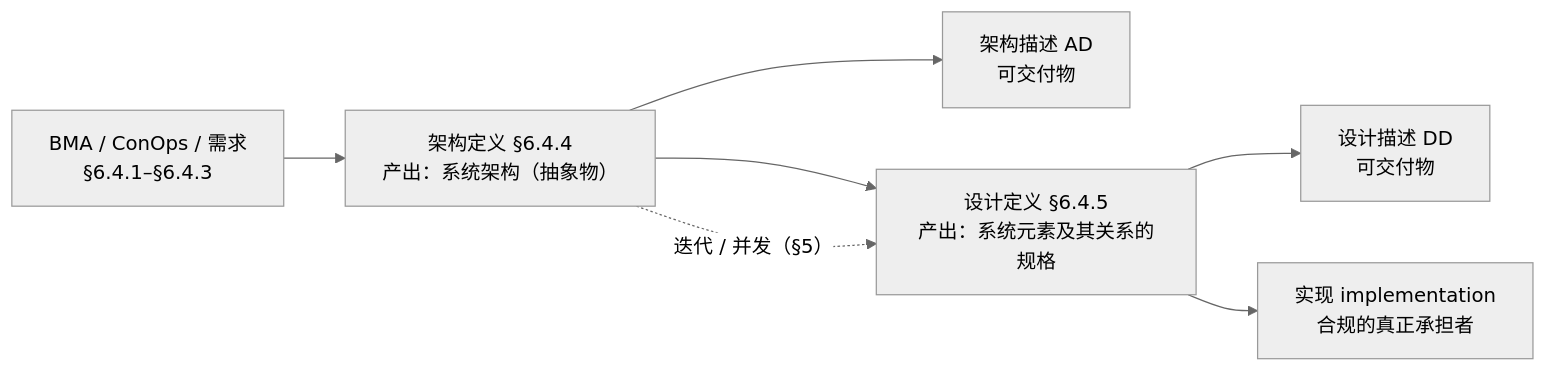
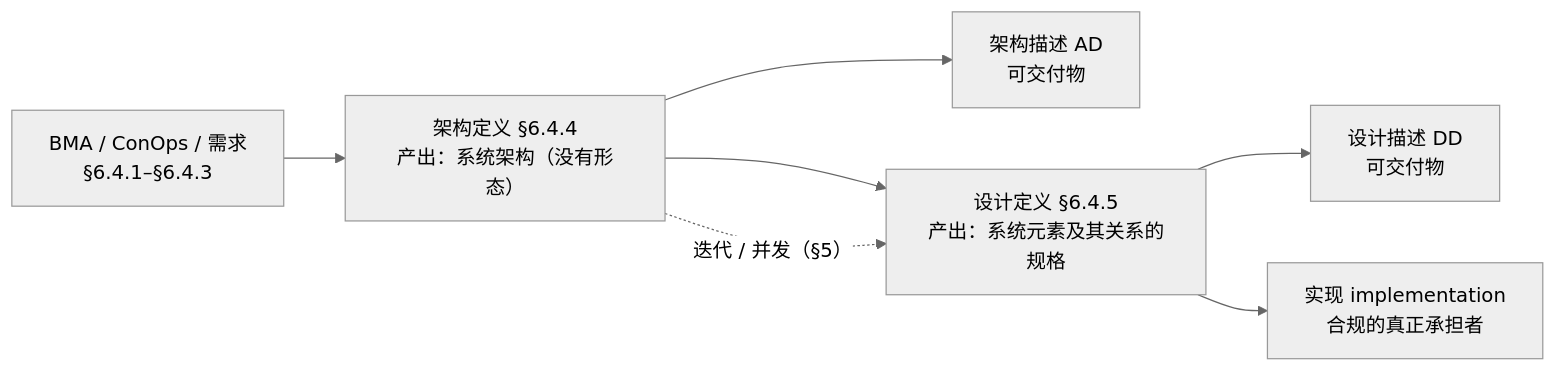
The first of 15 diagrams in 100-subprojects/01-系统工程研究/00-系统工程相关研究报告/24-架构与设计边界研究报告-从定义辨析到架构视角与架构视图.md (Yongjunzhou/AOS-system-design), drawn with Mermaid (neutral theme) before and after one commit. The commit also changed other lines of this file and 177 other files, not shown here.

````diff
--- a/100-subprojects/01-系统工程研究/00-系统工程相关研究报告/24-架构与设计边界研究报告-从定义辨析到架构视角与架构视图.md
+++ b/100-subprojects/01-系统工程研究/00-系统工程相关研究报告/24-架构与设计边界研究报告-从定义辨析到架构视角与架构视图.md
@@ -142,9 +142,9 @@
 ```mermaid
 flowchart LR
-    BMA["BMA / ConOps / 需求<br/>§6.4.1–§6.4.3"] --> AD["架构定义 §6.4.4<br/>产出：系统架构（抽象物）"]
+    BMA["BMA / ConOps / 需求<br/>§6.4.1–§6.4.3"] --> AD["架构定义 §6.4.4<br/>产出：系统架构（没有形态）"]
     AD --> ADd["架构描述 AD<br/>可交付物"]
     AD --> DD["设计定义 §6.4.5<br/>产出：系统元素及其关系的规格"]
     DD --> DDd["设计描述 DD<br/>可交付物"]
     DD --> IMPL["实现 implementation<br/>合规的真正承担者"]
     AD -.->|"迭代 / 并发（§5）"| DD
 ```
````
